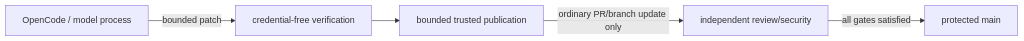
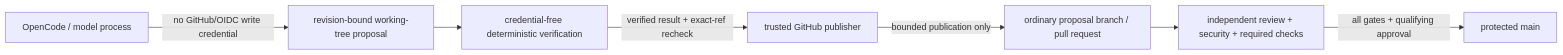
Before and after one commit to ContextualWisdomLab/DiagramWeave: the seventh of 7 diagrams in docs/UML.md, drawn with Mermaid. The commit also changed other lines of this file, not shown here.

Commit message:
docs: split proposal and publication authority

````diff
--- a/docs/UML.md
+++ b/docs/UML.md
@@ -141,13 +141,17 @@
 ```mermaid
 flowchart LR
     MODEL[OpenCode / model process]
-    VERIFY[credential-free verification]
-    PUBLISH[bounded trusted publication]
-    REVIEW[independent review/security]
+    WORKTREE[revision-bound working-tree proposal]
+    VERIFY[credential-free deterministic verification]
+    PUBLISH[trusted GitHub publisher]
+    PR[ordinary proposal branch / pull request]
+    REVIEW[independent review + security + required checks]
     MAIN[protected main]
 
-    MODEL -->|bounded patch| VERIFY
-    VERIFY --> PUBLISH
-    PUBLISH -->|ordinary PR/branch update only| REVIEW
-    REVIEW -->|all gates satisfied| MAIN
+    MODEL -->|no GitHub/OIDC write credential| WORKTREE
+    WORKTREE --> VERIFY
+    VERIFY -->|verified result + exact-ref recheck| PUBLISH
+    PUBLISH -->|bounded publication only| PR
+    PR --> REVIEW
+    REVIEW -->|all gates + qualifying approval| MAIN
 ```
````
